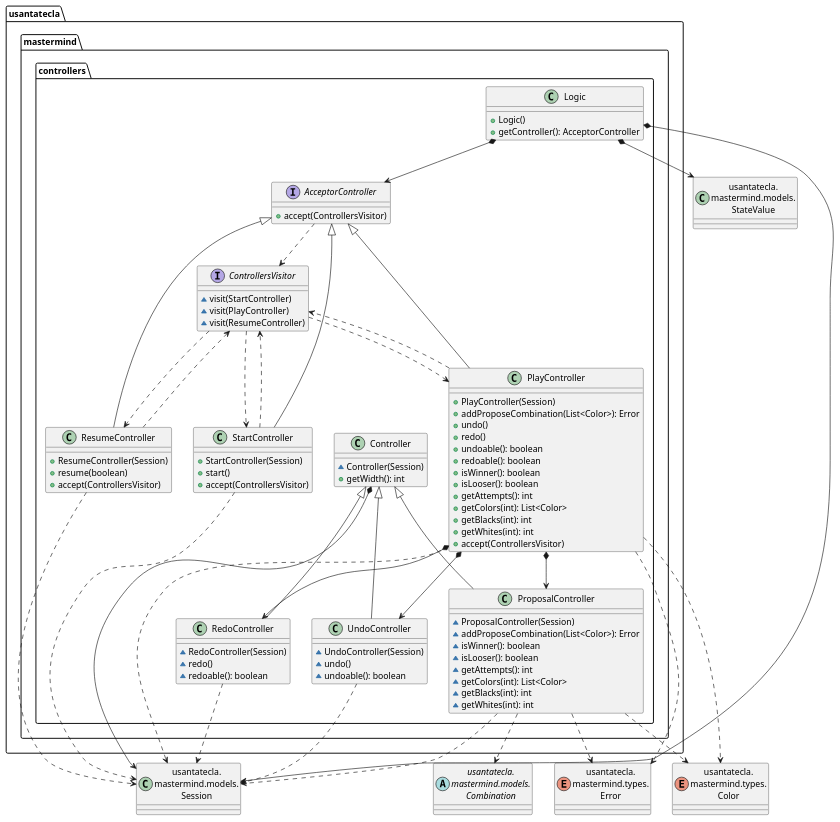
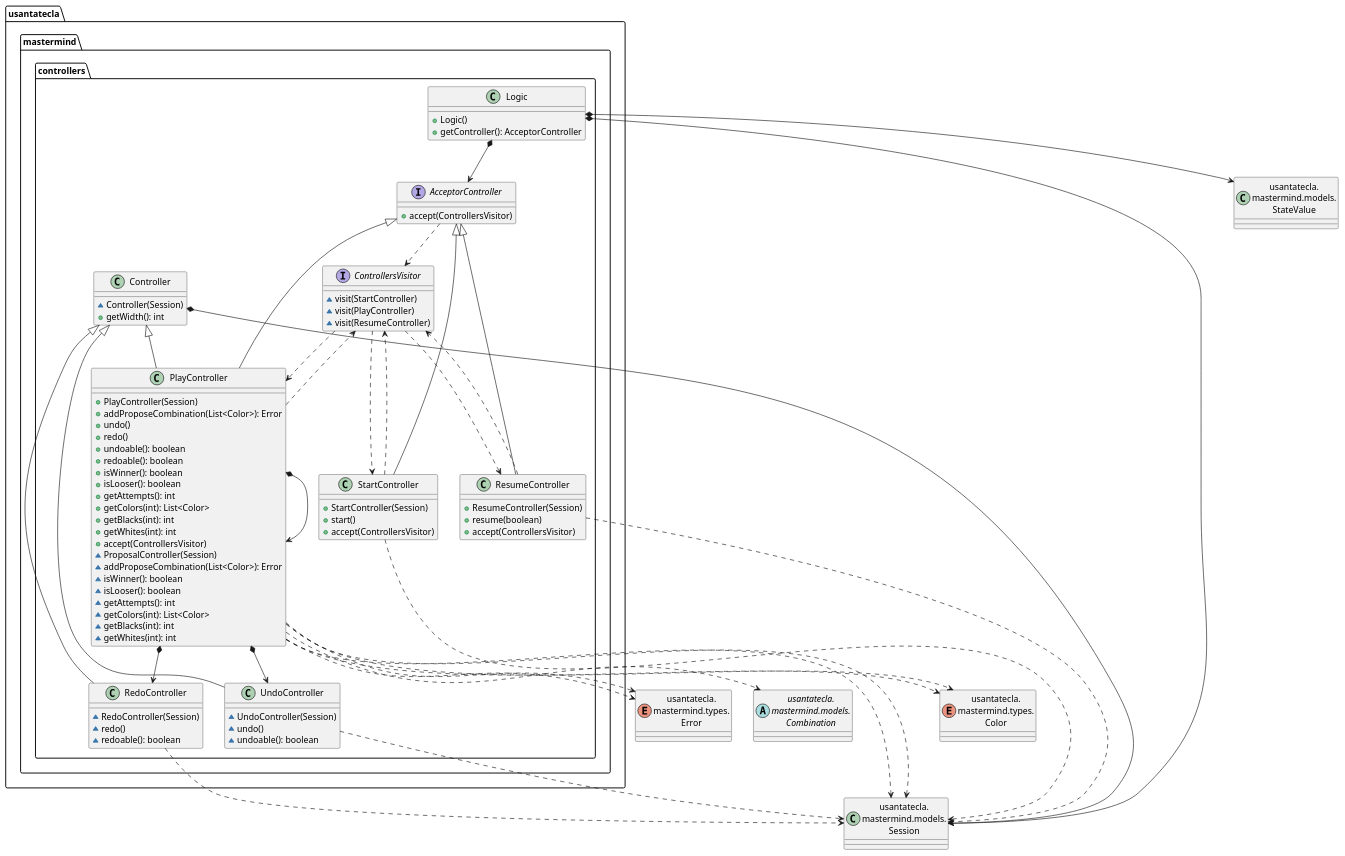
The third of 6 diagrams in modelViewPresenter/presentationModel/withComposite/docs/diagrams/src/paquetes.plantuml (SantaTecla-mastermind/solution.java.swing.socket.sql), drawn with PlantUML before and after one commit. The commit also changed 93 other files, not shown here.

```diff
--- a/modelViewPresenter/presentationModel/withComposite/docs/diagrams/src/paquetes.plantuml
+++ b/modelViewPresenter/presentationModel/withComposite/docs/diagrams/src/paquetes.plantuml
@@ -204,109 +204,109 @@
 @startuml usantatecla.mastermind.controllers
 abstract class Combination as "usantatecla.\nmastermind.models.\nCombination"
 class Session as "usantatecla.\nmastermind.models.\nSession"
 class StateValue as "usantatecla.\nmastermind.models.\nStateValue"
 enum Color as "usantatecla.\nmastermind.types.\nColor"
 enum Error as "usantatecla.\nmastermind.types.\nError"
 
 interface  usantatecla.mastermind.controllers.AcceptorController{
     + accept(ControllersVisitor)
 }
 usantatecla.mastermind.controllers.AcceptorController .down.> usantatecla.mastermind.controllers.ControllersVisitor
 
 class  usantatecla.mastermind.controllers.Controller{
     ~ Controller(Session)
     + getWidth(): int
 }
 usantatecla.mastermind.controllers.Controller *-down-> Session
 
 interface  usantatecla.mastermind.controllers.ControllersVisitor{
     ~ visit(StartController)
     ~ visit(PlayController)
     ~ visit(ResumeController)
 }
 usantatecla.mastermind.controllers.ControllersVisitor .down.> usantatecla.mastermind.controllers.StartController
 usantatecla.mastermind.controllers.ControllersVisitor .down.> usantatecla.mastermind.controllers.PlayController
 usantatecla.mastermind.controllers.ControllersVisitor .down.> usantatecla.mastermind.controllers.ResumeController
 
 class  usantatecla.mastermind.controllers.Logic{
     + Logic()
     + getController(): AcceptorController
 }
 usantatecla.mastermind.controllers.Logic *-down-> Session
 usantatecla.mastermind.controllers.Logic *-down-> StateValue
 usantatecla.mastermind.controllers.Logic *-down-> usantatecla.mastermind.controllers.AcceptorController
 
 class  usantatecla.mastermind.controllers.PlayController{
     + PlayController(Session)
     + addProposeCombination(List<Color>): Error
     + undo()
     + redo()
     + undoable(): boolean
     + redoable(): boolean
     + isWinner(): boolean
     + isLooser(): boolean
     + getAttempts(): int
     + getColors(int): List<Color>
     + getBlacks(int): int
     + getWhites(int): int
     + accept(ControllersVisitor)
 }
 usantatecla.mastermind.controllers.AcceptorController <|-down- usantatecla.mastermind.controllers.PlayController
-usantatecla.mastermind.controllers.PlayController *-down-> usantatecla.mastermind.controllers.ProposalController
+usantatecla.mastermind.controllers.PlayController *-down-> usantatecla.mastermind.controllers.PlayController
 usantatecla.mastermind.controllers.PlayController *-down-> usantatecla.mastermind.controllers.UndoController
 usantatecla.mastermind.controllers.PlayController *-down-> usantatecla.mastermind.controllers.RedoController
 usantatecla.mastermind.controllers.PlayController .down.> usantatecla.mastermind.controllers.ControllersVisitor
 usantatecla.mastermind.controllers.PlayController .down.> Session
 usantatecla.mastermind.controllers.PlayController .down.> Color
 usantatecla.mastermind.controllers.PlayController .down.> Error
 
-class  usantatecla.mastermind.controllers.ProposalController{
+class  usantatecla.mastermind.controllers.PlayController{
     ~ ProposalController(Session)
     ~ addProposeCombination(List<Color>): Error
     ~ isWinner(): boolean
     ~ isLooser(): boolean
     ~ getAttempts(): int
     ~ getColors(int): List<Color>
     ~ getBlacks(int): int
     ~ getWhites(int): int
 }
-usantatecla.mastermind.controllers.Controller <|-down- usantatecla.mastermind.controllers.ProposalController
-usantatecla.mastermind.controllers.ProposalController .down.> Session
-usantatecla.mastermind.controllers.ProposalController .down.> Combination
-usantatecla.mastermind.controllers.ProposalController .down.> Color
-usantatecla.mastermind.controllers.ProposalController .down.> Error
+usantatecla.mastermind.controllers.Controller <|-down- usantatecla.mastermind.controllers.PlayController
+usantatecla.mastermind.controllers.PlayController .down.> Session
+usantatecla.mastermind.controllers.PlayController .down.> Combination
+usantatecla.mastermind.controllers.PlayController .down.> Color
+usantatecla.mastermind.controllers.PlayController .down.> Error
 
 class  usantatecla.mastermind.controllers.RedoController{
     ~ RedoController(Session)
     ~ redo()
     ~ redoable(): boolean
 }
 usantatecla.mastermind.controllers.Controller <|-down- usantatecla.mastermind.controllers.RedoController
 usantatecla.mastermind.controllers.RedoController .down.> Session
 
 class  usantatecla.mastermind.controllers.ResumeController{
     + ResumeController(Session)
     + resume(boolean)
     + accept(ControllersVisitor)
 }
 usantatecla.mastermind.controllers.AcceptorController <|-down- usantatecla.mastermind.controllers.ResumeController
 usantatecla.mastermind.controllers.ResumeController .down.> usantatecla.mastermind.controllers.ControllersVisitor
 usantatecla.mastermind.controllers.ResumeController .down.> Session
 
 class  usantatecla.mastermind.controllers.StartController{
     + StartController(Session)
     + start()
     + accept(ControllersVisitor)
 }
 usantatecla.mastermind.controllers.AcceptorController <|-down- usantatecla.mastermind.controllers.StartController
 usantatecla.mastermind.controllers.StartController .down.> usantatecla.mastermind.controllers.ControllersVisitor
 usantatecla.mastermind.controllers.StartController .down.> Session
 
 class  usantatecla.mastermind.controllers.UndoController{
     ~ UndoController(Session)
     ~ undo()
     ~ undoable(): boolean
 }
 usantatecla.mastermind.controllers.Controller <|-down- usantatecla.mastermind.controllers.UndoController
 usantatecla.mastermind.controllers.UndoController .down.> Session
 @enduml
```
